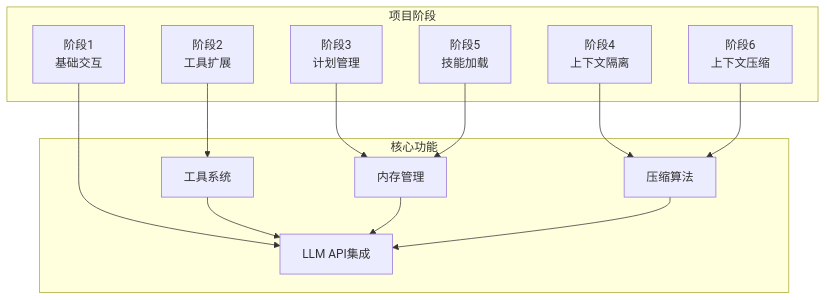
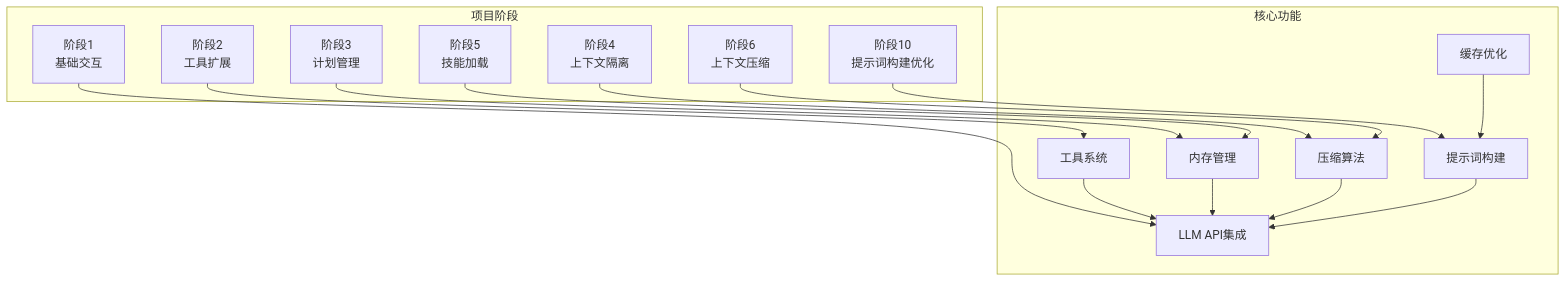
Before and after one commit to eurekaYYzero/Mini-Claude-Code: the first of 18 diagrams in .qoder/repowiki/zh/content/高级主题/性能优化策略.md, drawn with Mermaid. The commit also changed other lines of this file and 20 other files, not shown here.

````diff
--- a/.qoder/repowiki/zh/content/高级主题/性能优化策略.md
+++ b/.qoder/repowiki/zh/content/高级主题/性能优化策略.md
@@ -38,26 +52,32 @@
 ```mermaid
 graph TB
 subgraph "项目阶段"
 S01["阶段1<br/>基础交互"]
 S02["阶段2<br/>工具扩展"]
 S03["阶段3<br/>计划管理"]
 S04["阶段4<br/>上下文隔离"]
 S05["阶段5<br/>技能加载"]
 S06["阶段6<br/>上下文压缩"]
+S10["阶段10<br/>提示词构建优化"]
 end
 subgraph "核心功能"
 LLM[LLM API集成]
 TOOLS[工具系统]
 MEMORY[内存管理]
 COMPRESS[压缩算法]
+PROMPT[提示词构建]
+CACHE[缓存优化]
 end
 S01 --> LLM
 S02 --> TOOLS
 S03 --> MEMORY
 S04 --> COMPRESS
 S05 --> MEMORY
 S06 --> COMPRESS
+S10 --> PROMPT
 TOOLS --> LLM
 MEMORY --> LLM
 COMPRESS --> LLM
+PROMPT --> LLM
+CACHE --> PROMPT
 ```
````
